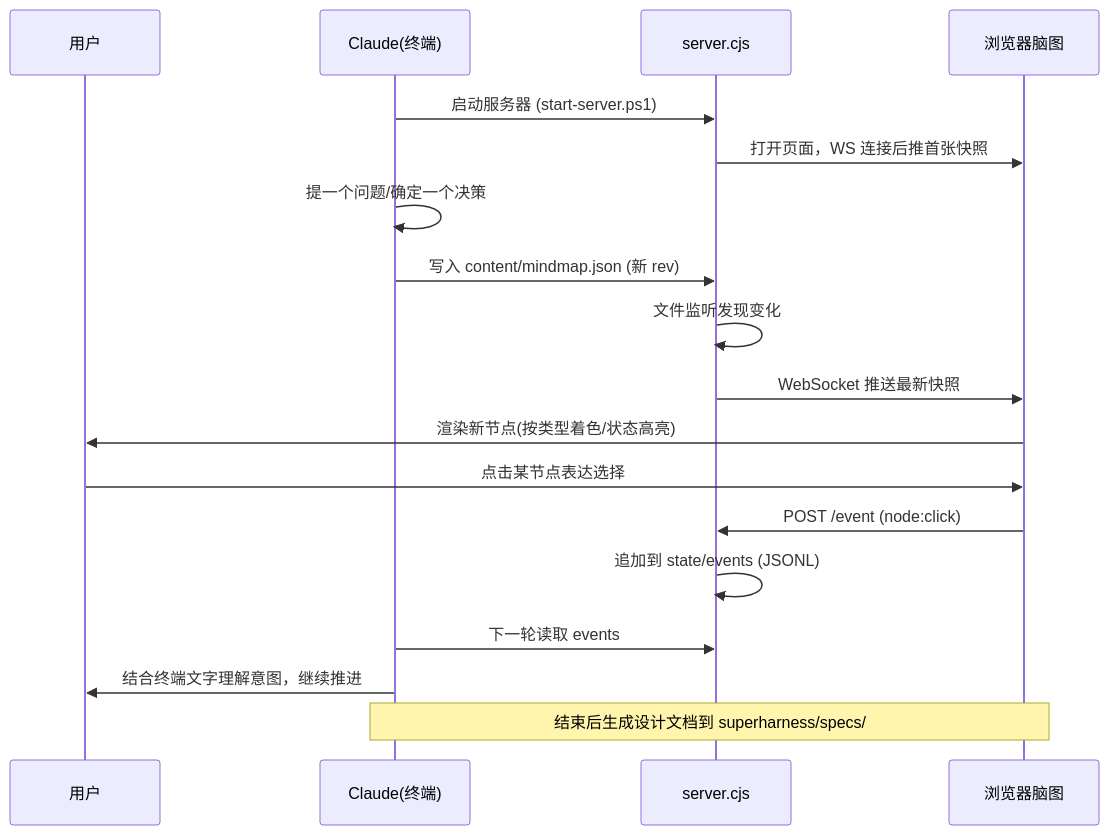
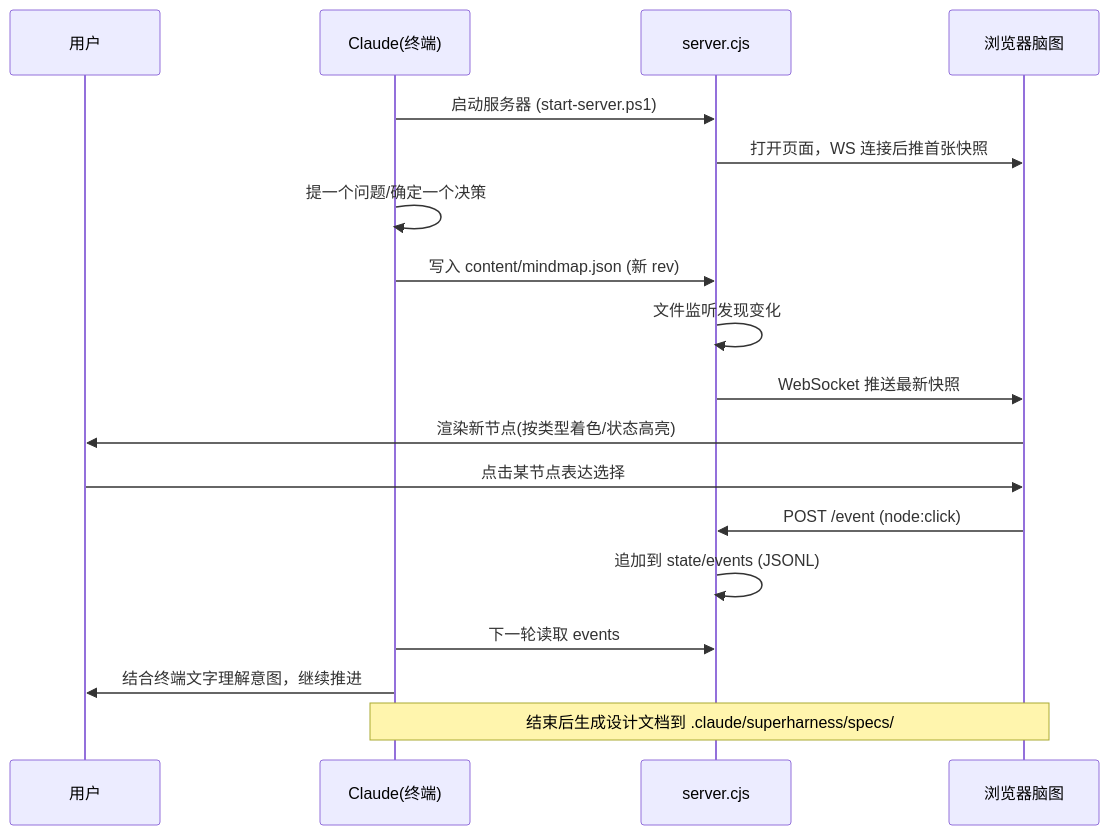
Before and after one commit to YachuanWzh/harness: the tenth of 13 diagrams in 技术方案文档.md, drawn with Mermaid. The commit also changed other lines of this file and 17 other files, not shown here.

First line of the commit message:
chore(install): 将 superharness 状态路径标准化为 .claude 目录

````diff
--- a/技术方案文档.md
+++ b/技术方案文档.md
@@ -348,21 +348,21 @@
 ```mermaid
 sequenceDiagram
     participant U as 用户
     participant C as Claude(终端)
     participant S as server.cjs
     participant B as 浏览器脑图
 
     C->>S: 启动服务器 (start-server.ps1)
     S->>B: 打开页面，WS 连接后推首张快照
     C->>C: 提一个问题/确定一个决策
     C->>S: 写入 content/mindmap.json (新 rev)
     S->>S: 文件监听发现变化
     S->>B: WebSocket 推送最新快照
     B->>U: 渲染新节点(按类型着色/状态高亮)
     U->>B: 点击某节点表达选择
     B->>S: POST /event (node:click)
     S->>S: 追加到 state/events (JSONL)
     C->>S: 下一轮读取 events
     C->>U: 结合终端文字理解意图，继续推进
-    Note over C,B: 结束后生成设计文档到 superharness/specs/
+    Note over C,B: 结束后生成设计文档到 .claude/superharness/specs/
 ```
````
